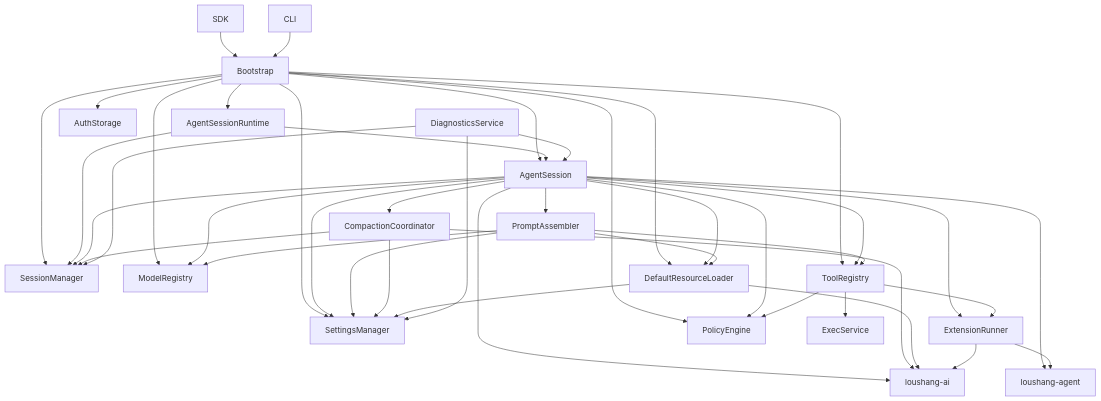
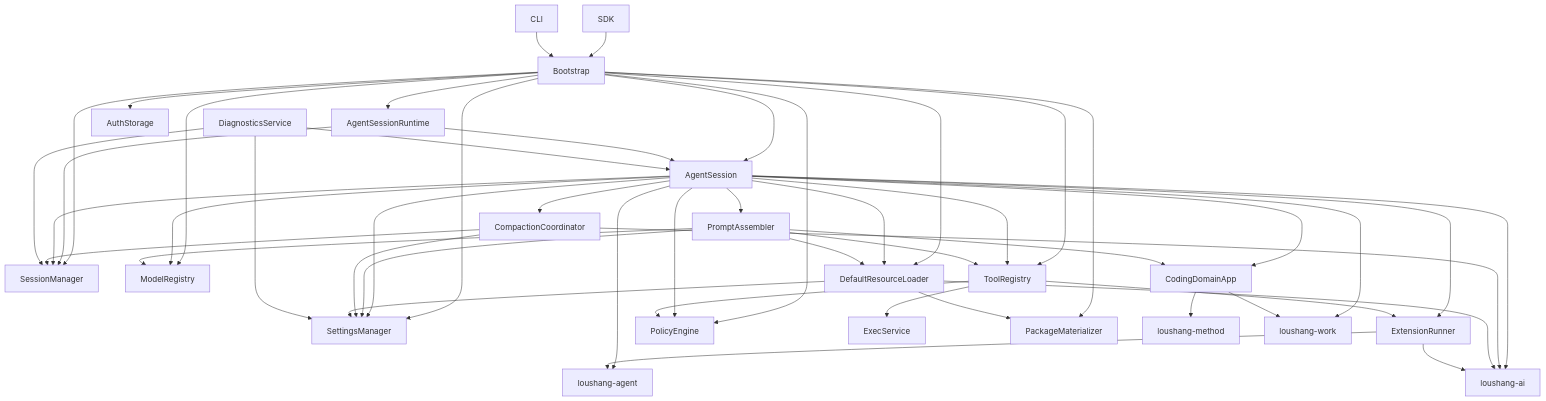
One commit to wrongbutworks/loushang changed the second of 2 diagrams in docs/internals/architecture/coding/loushang-coding-component-dependencies.md. Above: the diagram before and after it, drawn with Mermaid. The commit also changed other lines of this file and 58 other files, not shown here.

Commit message:
docs: align architecture documentation

```diff
--- a/docs/internals/architecture/coding/loushang-coding-component-dependencies.md
+++ b/docs/internals/architecture/coding/loushang-coding-component-dependencies.md
@@ -185,9 +210,13 @@
     EXEC["ExecService"]
     COMPACT["CompactionCoordinator"]
     DIAG["DiagnosticsService"]
+    DOMAIN["CodingDomainApp"]
+    PACKAGE["PackageMaterializer"]
 
     AGENT["loushang-agent"]
     AI["loushang-ai"]
+    METHOD["loushang-method"]
+    WORK["loushang-work"]
 
     SDK --> BOOT
     CLI --> BOOT
@@ -201,6 +230,7 @@
     BOOT --> LOADER
     BOOT --> TOOLS
     BOOT --> POLICY
+    BOOT --> PACKAGE
 
     RUNTIME --> SESSION
     RUNTIME --> STORE
@@ -214,8 +244,10 @@
     SESSION --> PROMPT
     SESSION --> POLICY
     SESSION --> COMPACT
+    SESSION --> DOMAIN
     SESSION --> AGENT
     SESSION --> AI
+    SESSION --> WORK
 
     TOOLS --> EXEC
     TOOLS --> POLICY
@@ -225,6 +257,7 @@
     PROMPT --> TOOLS
     PROMPT --> SETTINGS
     PROMPT --> MODELS
+    PROMPT --> DOMAIN
 
     COMPACT --> SETTINGS
     COMPACT --> STORE
@@ -232,8 +265,11 @@
 
     LOADER --> SETTINGS
     LOADER --> AI
+    LOADER --> PACKAGE
     RUNNER --> AGENT
     RUNNER --> AI
+    DOMAIN --> METHOD
+    DOMAIN --> WORK
 
     DIAG --> SETTINGS
     DIAG --> STORE
```
